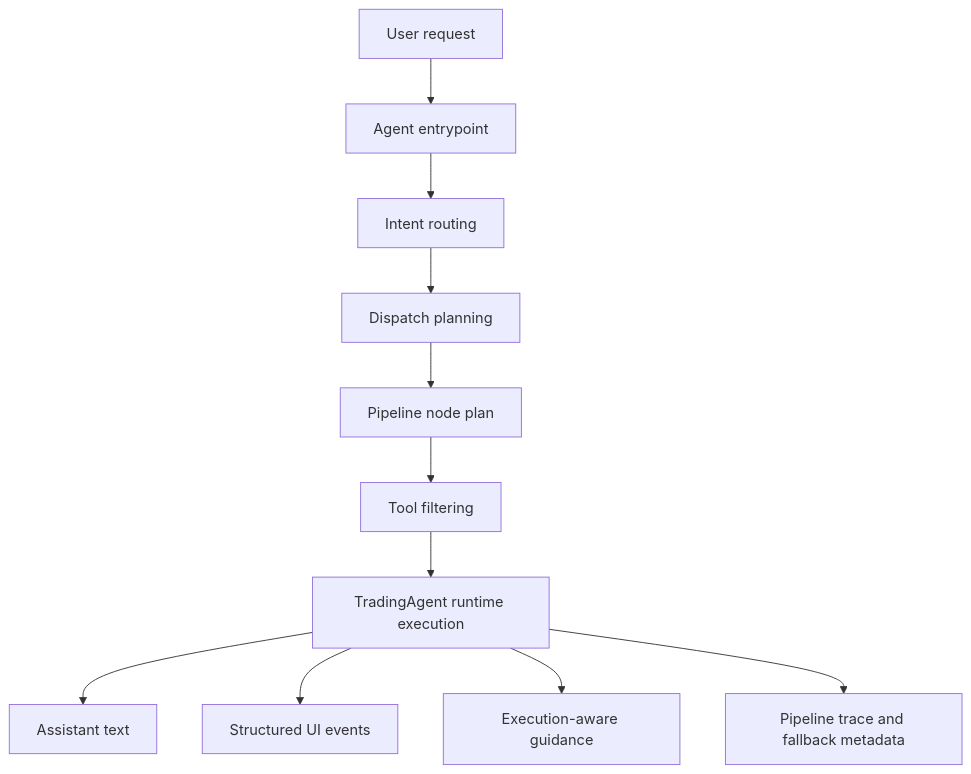
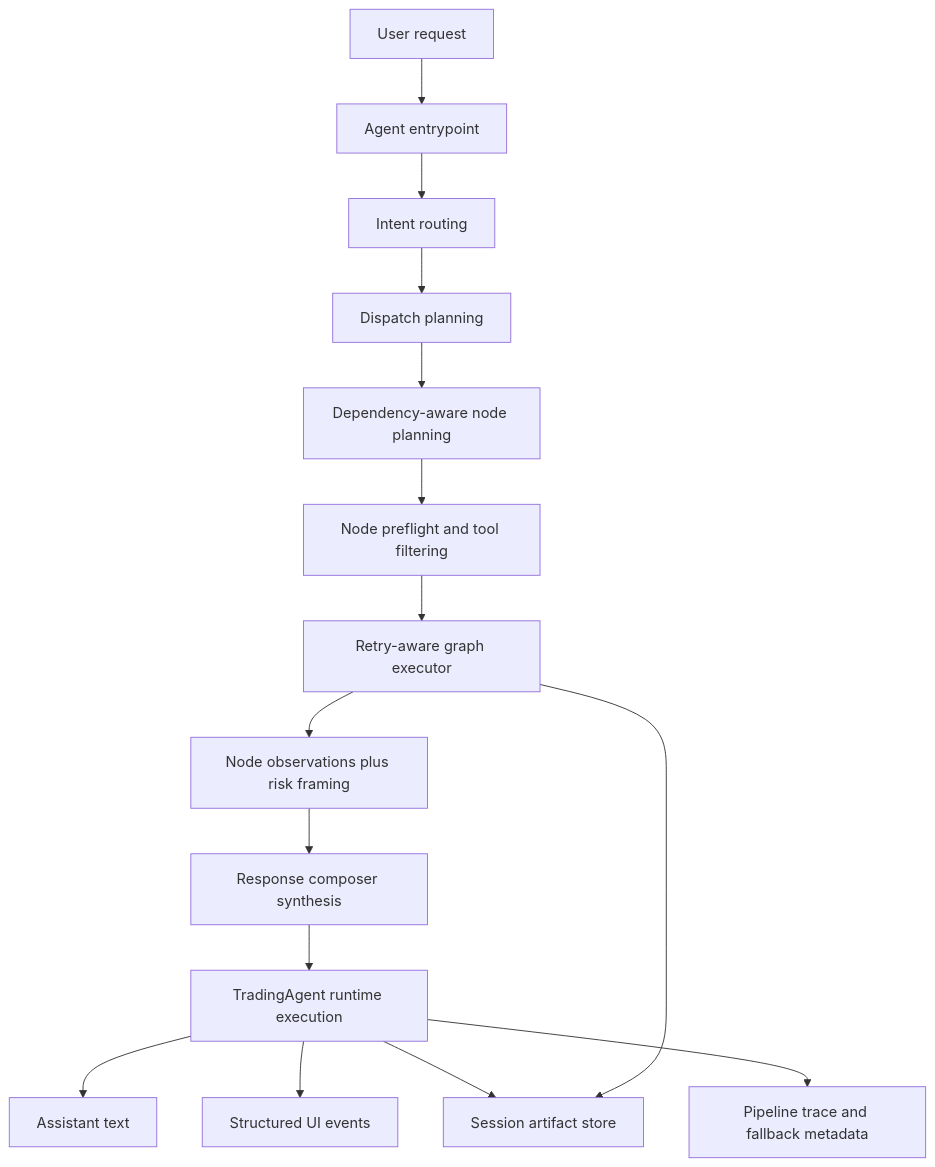
One commit to FajarArrizki/docs changed the first of 2 diagrams in features/agent/index.mdx. Above: the diagram before and after it, drawn with Mermaid. The commit also changed other lines of this file and 8 other files, not shown here.

Commit message:
feat: updete documentation  strengthen agent pipeline composition, risk framing, and regression coverage

````diff
--- a/features/agent/index.mdx
+++ b/features/agent/index.mdx
@@ -101,13 +101,17 @@
 ```mermaid
 flowchart TD
     A[User request] --> B[Agent entrypoint]
     B --> C[Intent routing]
     C --> D[Dispatch planning]
-    D --> E[Pipeline node plan]
-    E --> F[Tool filtering]
-    F --> G[TradingAgent runtime execution]
-    G --> H[Assistant text]
-    G --> I[Structured UI events]
-    G --> J[Execution-aware guidance]
-    G --> K[Pipeline trace and fallback metadata]
+    D --> E[Dependency-aware node planning]
+    E --> F[Node preflight and tool filtering]
+    F --> G[Retry-aware graph executor]
+    G --> H[Node observations plus risk framing]
+    H --> I[Response composer synthesis]
+    I --> J[TradingAgent runtime execution]
+    J --> K[Assistant text]
+    J --> L[Structured UI events]
+    J --> M[Execution-aware guidance]
+    J --> N[Pipeline trace and fallback metadata]
+    G --> M[Session artifact store]
 ```
````
